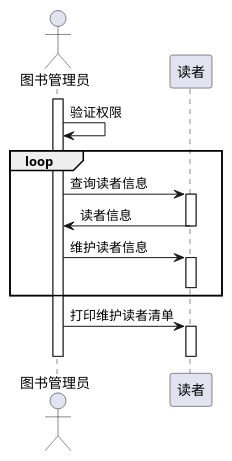
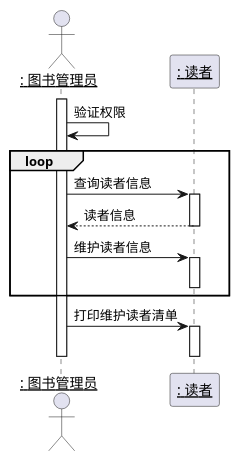
The diagram in test4/维护读者信息.puml (915936476/is_analysis-3), drawn with PlantUML before and after one commit. The commit also changed 14 other files, not shown here.

```diff
--- a/test4/维护读者信息.puml
+++ b/test4/维护读者信息.puml
@@ -1,18 +1,20 @@
 @startuml
-actor 图书管理员
+actor ": 图书管理员" as 图书管理员
+participant ": 读者" as 读者
+skinparam sequenceParticipant underline
 activate 图书管理员
 图书管理员->图书管理员:验证权限
 loop
 图书管理员->读者:查询读者信息
 activate 读者
-读者->图书管理员:读者信息
+读者-->图书管理员:读者信息
 deactivate 读者
 图书管理员->读者:维护读者信息
 activate 读者
 deactivate 读者
 end
 图书管理员->读者:打印维护读者清单
 activate 读者
 deactivate 读者
 deactivate 图书管理员
 @enduml
```
